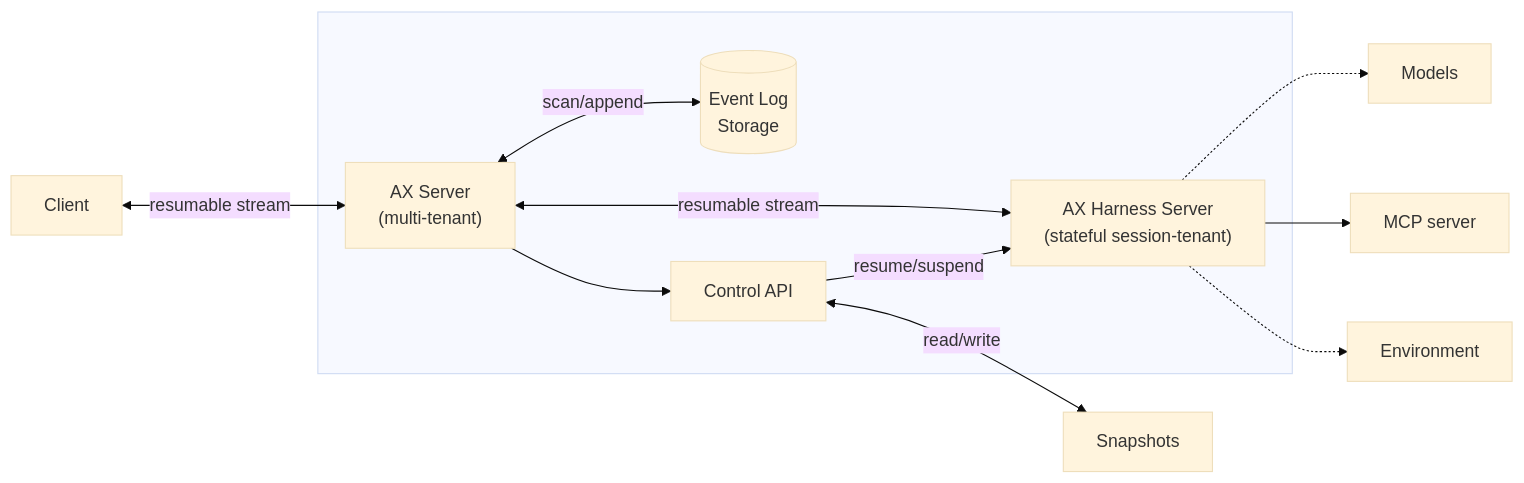
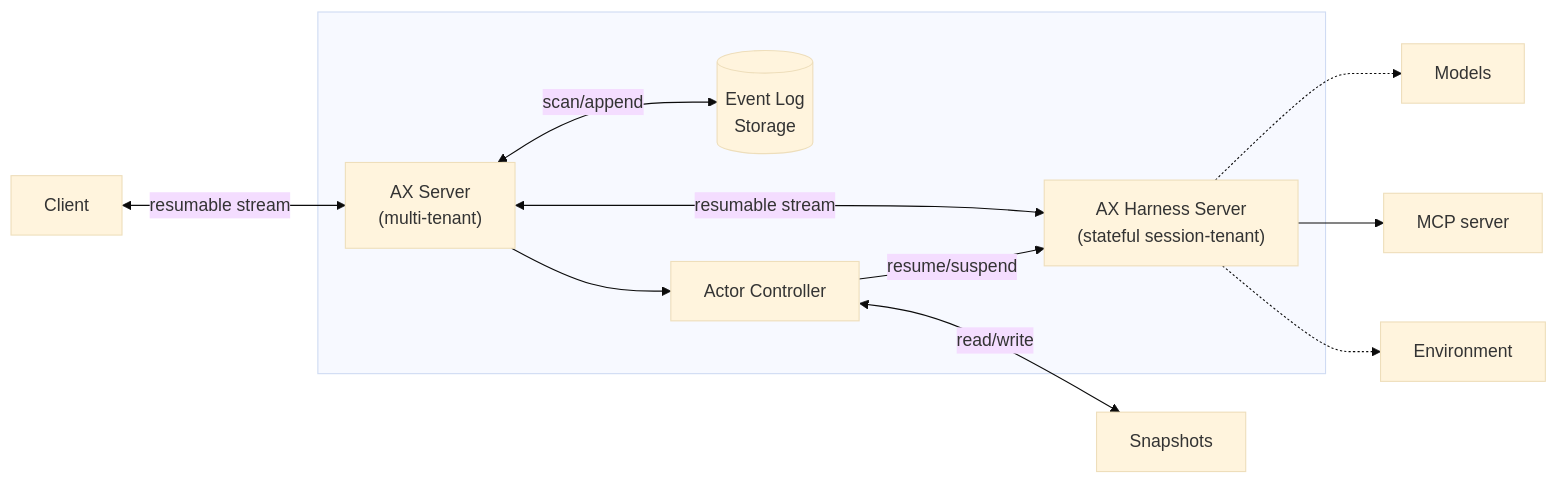
The diagram in README.md (kp-fork/ax), drawn with Mermaid (base theme) before and after one commit.

Commit message:
fix(docs): update Control API label to Actor Controller in README

````diff
--- a/README.md
+++ b/README.md
@@ -44,26 +44,26 @@
 ```mermaid
 %%{init: {"flowchart": {"diagramPadding": 80}}}%%
 graph LR
     Client
 
     subgraph Cluster[" "]
         Server["AX Server<br/>(multi-tenant)"]
         DB[("Event Log"<br/>Storage)]
-        ControlService["Control API"]
+        ControlService["Actor Controller"]
         Actor["AX Harness Server<br/>(stateful session-tenant)"]
     end
 
     SnapshotService["Snapshots"]
     HarnessService["Models"]
     MCPServer["MCP server"]
 
     Client <-->|resumable stream| Server
     Server <-->|scan/append| DB
     Server --> ControlService
     ControlService -->|resume/suspend| Actor
     Server <-->|resumable stream| Actor
     ControlService <-->|read/write| SnapshotService
     Actor -.-> HarnessService
     Actor --> MCPServer
     Actor -.-> Environment
 ```
````
